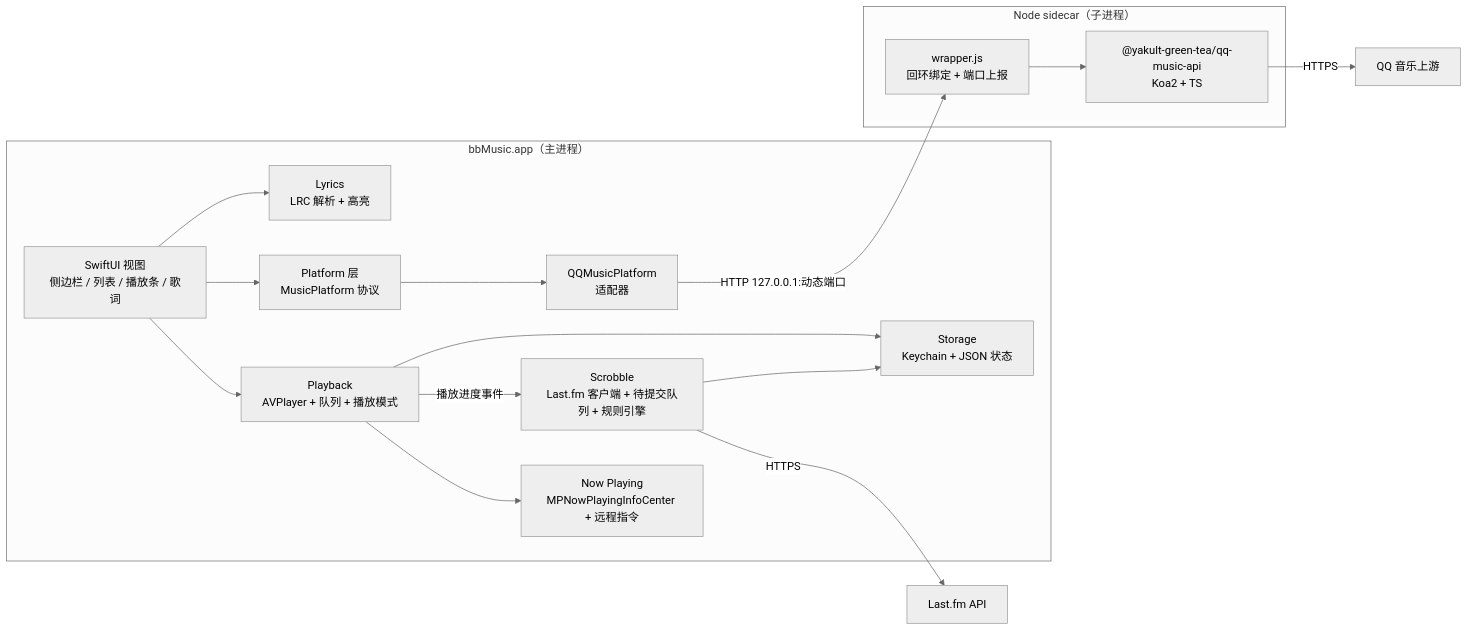
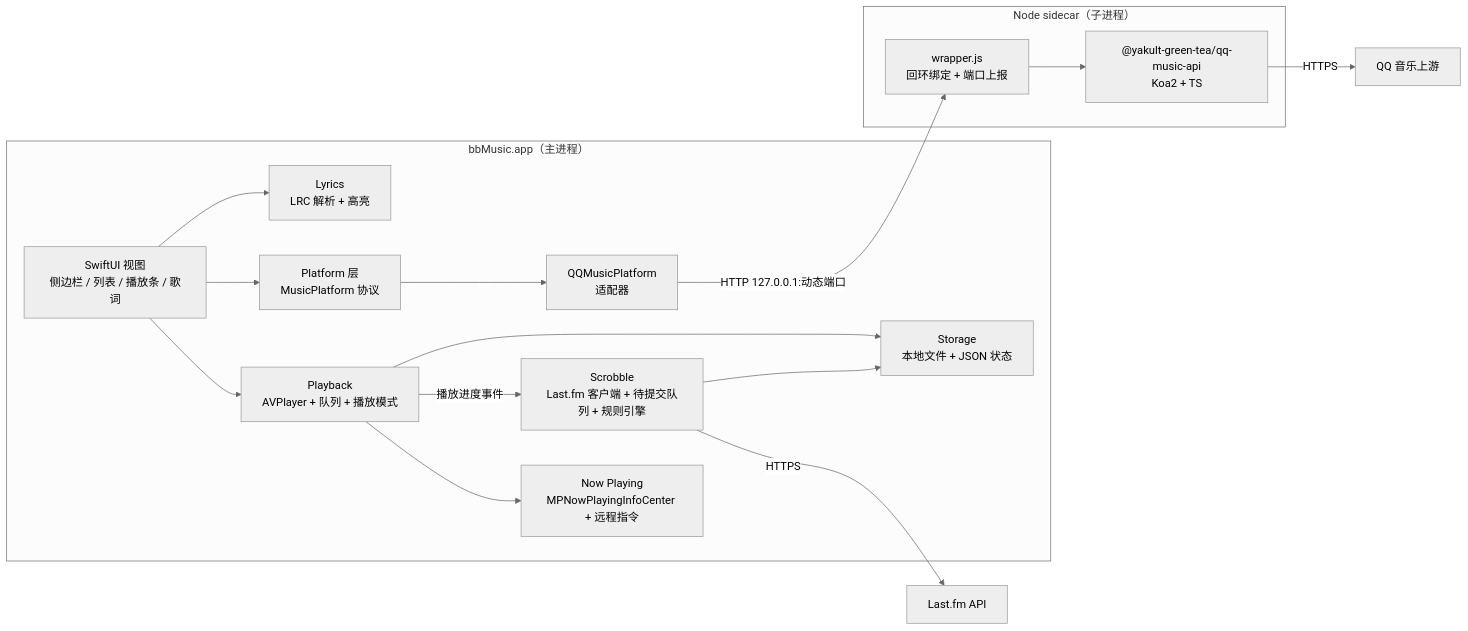
The diagram in architecture-design.md (dcb9/bbMusic), drawn with Mermaid (neutral theme) before and after one commit. The commit also changed other lines of this file and 8 other files, not shown here.

````diff
--- a/architecture-design.md
+++ b/architecture-design.md
@@ -23,34 +23,34 @@
 ```mermaid
 flowchart LR
   subgraph App["bbMusic.app（主进程）"]
     UI["SwiftUI 视图<br/>侧边栏 / 列表 / 播放条 / 歌词"]
     PB["Playback<br/>AVPlayer + 队列 + 播放模式"]
     NP["Now Playing<br/>MPNowPlayingInfoCenter + 远程指令"]
     PL["Platform 层<br/>MusicPlatform 协议"]
     QQ["QQMusicPlatform<br/>适配器"]
     SC["Scrobble<br/>Last.fm 客户端 + 待提交队列 + 规则引擎"]
     LY["Lyrics<br/>LRC 解析 + 高亮"]
-    ST["Storage<br/>Keychain + JSON 状态"]
+    ST["Storage<br/>本地文件 + JSON 状态"]
   end
 
   subgraph Side["Node sidecar（子进程）"]
     W["wrapper.js<br/>回环绑定 + 端口上报"]
     API["@yakult-green-tea/qq-music-api<br/>Koa2 + TS"]
   end
 
   UP["QQ 音乐上游"]
   LF["Last.fm API"]
 
   UI --> PB
   UI --> PL
   UI --> LY
   PB --> NP
   PL --> QQ
   QQ -->|"HTTP 127.0.0.1:动态端口"| W
   W --> API
   API -->|"HTTPS"| UP
   PB -->|"播放进度事件"| SC
   SC -->|"HTTPS"| LF
   SC --> ST
   PB --> ST
 ```
````
